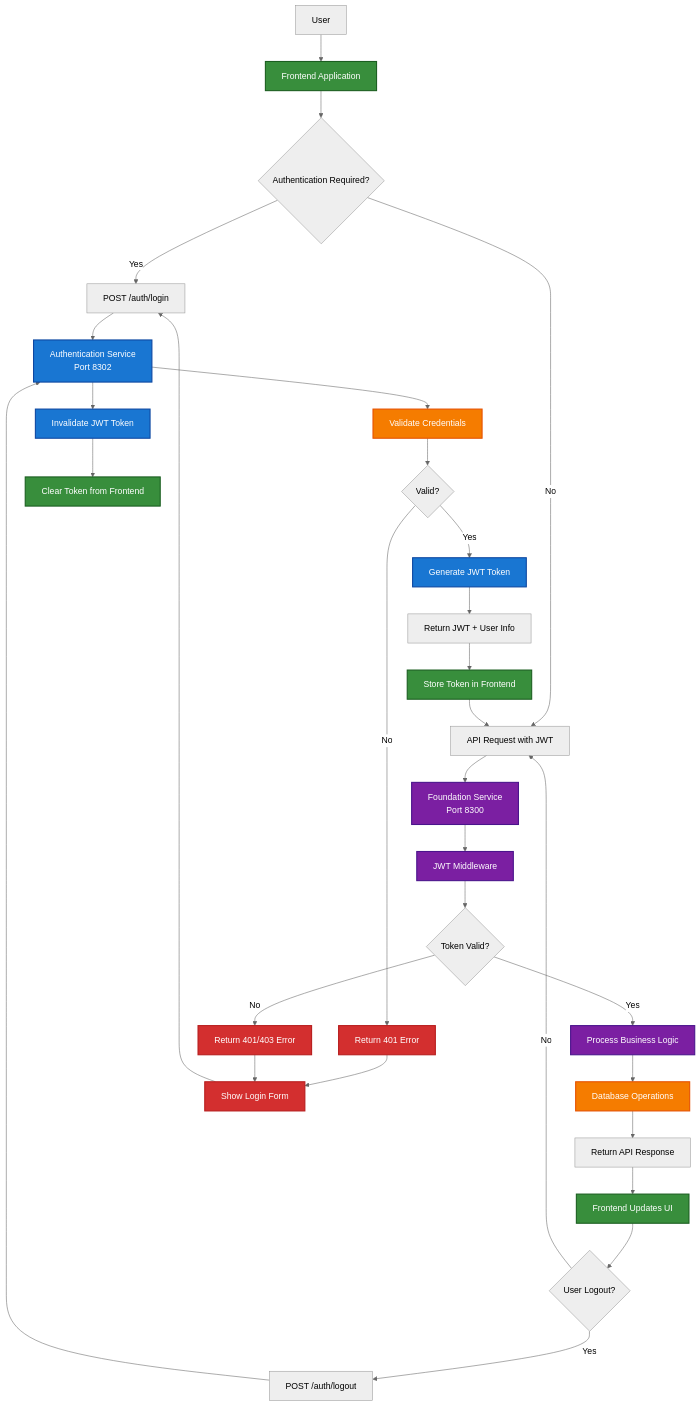
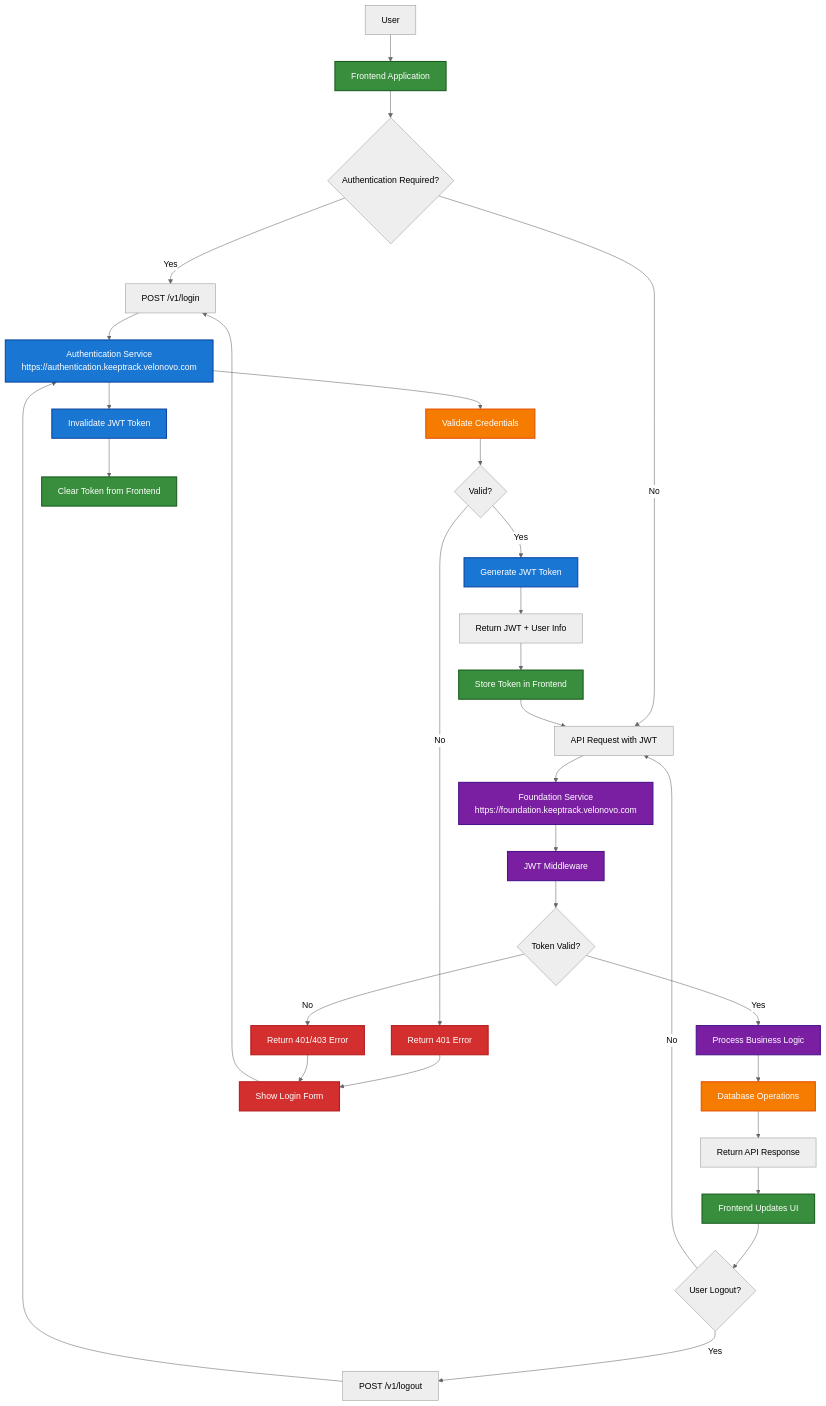
One commit to keeptracknepal/documentation changed the first of 6 diagrams in workflow/authentication/process-flow.md. Above: the diagram before and after it, drawn with Mermaid (neutral theme). The commit also changed other lines of this file, not shown here.

````diff
--- a/workflow/authentication/process-flow.md
+++ b/workflow/authentication/process-flow.md
@@ -5,54 +5,54 @@
 ```mermaid
 flowchart TD
     %% User Interaction
     A[User] --> B[Frontend Application]
     B --> C{Authentication Required?}
     
     %% Login Flow
-    C -->|Yes| D[POST /auth/login]
-    D --> E[Authentication Service<br/>Port 8302]
+    C -->|Yes| D[POST /v1/login]
+    D --> E[Authentication Service<br/>https://authentication.keeptrack.velonovo.com]
     E --> F[Validate Credentials]
     F --> G{Valid?}
     G -->|Yes| H[Generate JWT Token]
     G -->|No| I[Return 401 Error]
     H --> J[Return JWT + User Info]
     J --> K[Store Token in Frontend]
     
     %% API Request Flow
     C -->|No| L[API Request with JWT]
     K --> L
-    L --> M[Foundation Service<br/>Port 8300]
+    L --> M[Foundation Service<br/>https://foundation.keeptrack.velonovo.com]
     M --> N[JWT Middleware]
     N --> O{Token Valid?}
     O -->|Yes| P[Process Business Logic]
     O -->|No| Q[Return 401/403 Error]
     P --> R[Database Operations]
     R --> S[Return API Response]
     S --> T[Frontend Updates UI]
     
     %% Logout Flow
     T --> U{User Logout?}
-    U -->|Yes| V[POST /auth/logout]
+    U -->|Yes| V[POST /v1/logout]
     V --> E
     E --> W[Invalidate JWT Token]
     W --> X[Clear Token from Frontend]
     U -->|No| L
     
     %% Error Handling
     I --> Y[Show Login Form]
     Q --> Y
     Y --> D
     
     %% Styling
     classDef authService fill:#1976d2,stroke:#0d47a1,stroke-width:2px,color:#ffffff
     classDef foundationService fill:#7b1fa2,stroke:#4a148c,stroke-width:2px,color:#ffffff
     classDef frontend fill:#388e3c,stroke:#1b5e20,stroke-width:2px,color:#ffffff
     classDef database fill:#f57c00,stroke:#e65100,stroke-width:2px,color:#ffffff
     classDef error fill:#d32f2f,stroke:#b71c1c,stroke-width:2px,color:#ffffff
     
     class E,H,W authService
     class M,N,P,R foundationService
     class B,K,T,X frontend
     class F,R database
     class I,Q,Y error
 ```
````
